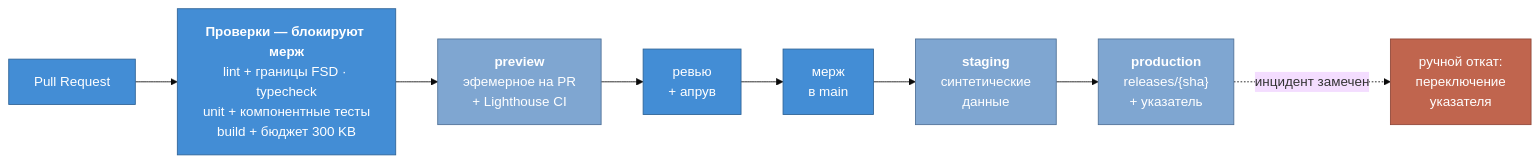
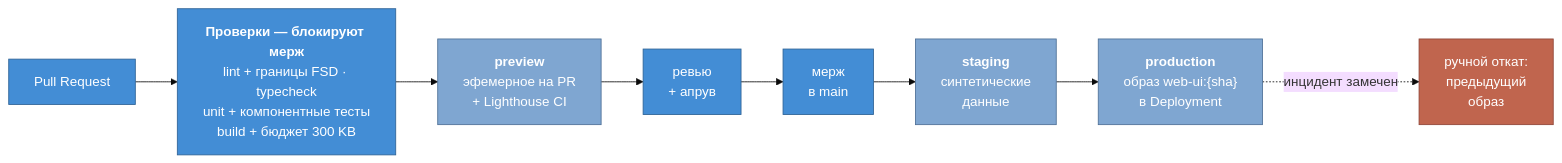
Before and after one commit to lionlimon/otus_lessons: the second of 2 diagrams in docs/frontend-architecture.md, drawn with Mermaid (base theme). The commit also changed other lines of this file and 15 other files, not shown here.

````diff
--- a/docs/frontend-architecture.md
+++ b/docs/frontend-architecture.md
@@ -238,17 +238,17 @@
 ```mermaid
 flowchart LR
     pr["Pull Request"] --> checks["<b>Проверки — блокируют мерж</b><br/>lint + границы FSD · typecheck<br/>unit + компонентные тесты<br/>build + бюджет 300 KB"]
     checks --> preview["<b>preview</b><br/>эфемерное на PR<br/>+ Lighthouse CI"]
     preview --> approve["ревью<br/>+ апрув"]
     approve --> merge["мерж<br/>в main"]
     merge --> stg["<b>staging</b><br/>синтетические<br/>данные"]
-    stg --> prod["<b>production</b><br/>releases/{sha}<br/>+ указатель"]
-    prod -.->|"инцидент замечен"| back["ручной откат:<br/>переключение<br/>указателя"]
+    stg --> prod["<b>production</b><br/>образ web-ui:{sha}<br/>в Deployment"]
+    prod -.->|"инцидент замечен"| back["ручной откат:<br/>предыдущий<br/>образ"]
 
     classDef gate fill:#438dd5,stroke:#2e6295,color:#fff
     classDef env fill:#7fa6d1,stroke:#4d6f96,color:#fff
     classDef bad fill:#c0654e,stroke:#8f4536,color:#fff
     class pr,checks,approve,merge gate
     class preview,stg,prod env
     class back bad
 ```
````
